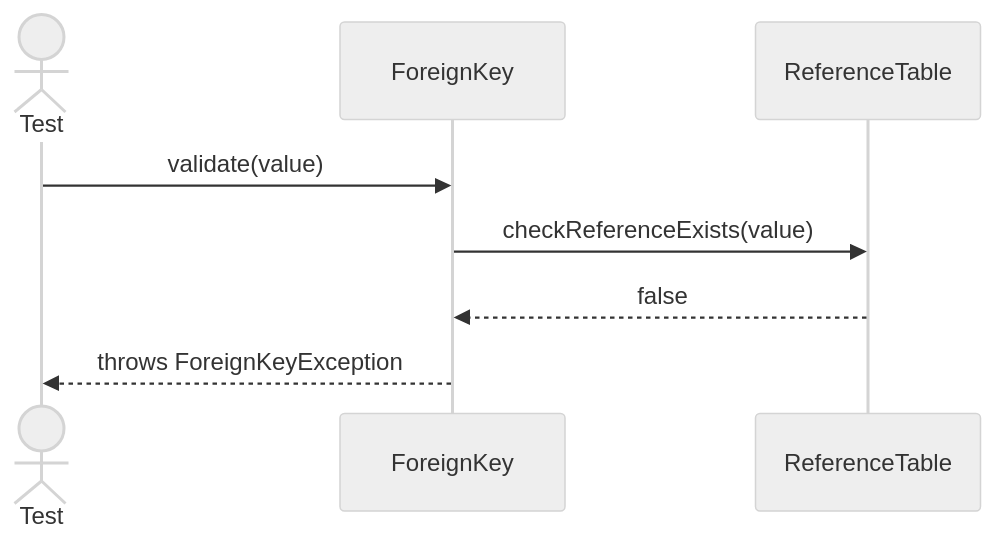
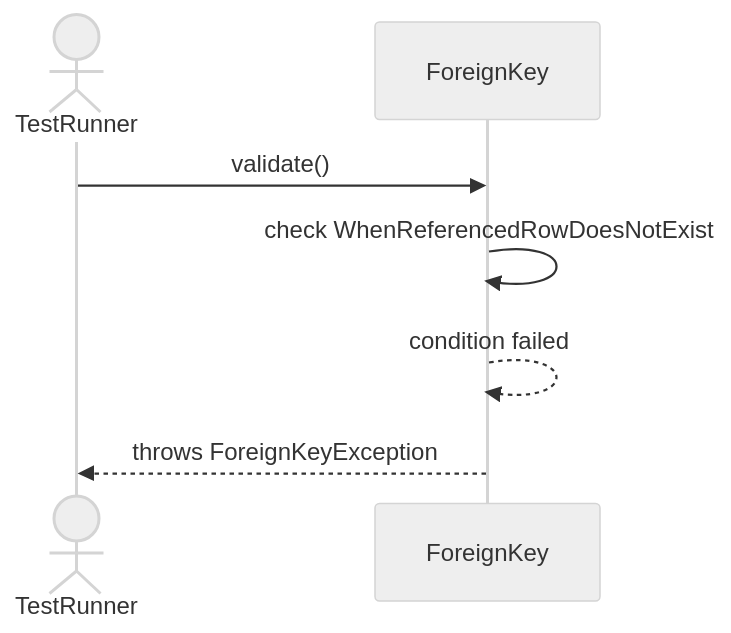
The second of 6 diagrams in Sequences/DatabaseObjectManagement/ForeignKey.md (TamBui1706/DBMS), drawn with Mermaid (neutral theme) before and after one commit. The commit also changed other lines of this file and 63 other files, not shown here.

Commit message:
Draw sequence diagram for unit tests

````diff
--- a/Sequences/DatabaseObjectManagement/ForeignKey.md
+++ b/Sequences/DatabaseObjectManagement/ForeignKey.md
@@ -29,11 +32,9 @@
 ```mermaid
 sequenceDiagram
-    actor Test
+    actor TestRunner
     participant ForeignKey
-    participant ReferenceTable
-
-    Test->>ForeignKey: validate(value)
-    ForeignKey->>ReferenceTable: checkReferenceExists(value)
-    ReferenceTable-->>ForeignKey: false
-    ForeignKey-->>Test: throws ForeignKeyException
+    TestRunner->>ForeignKey: validate()
+    ForeignKey->>ForeignKey: check WhenReferencedRowDoesNotExist
+    ForeignKey-->>ForeignKey: condition failed
+    ForeignKey-->>TestRunner: throws ForeignKeyException
 ```
````
